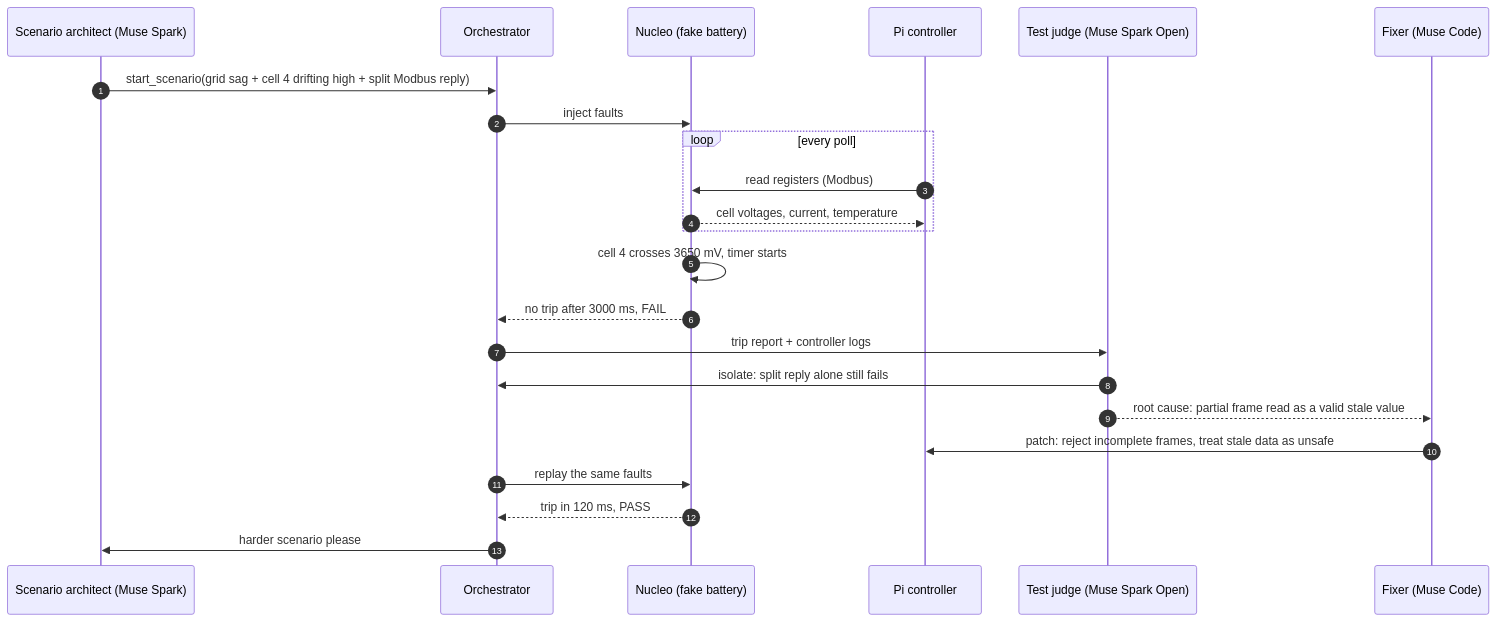
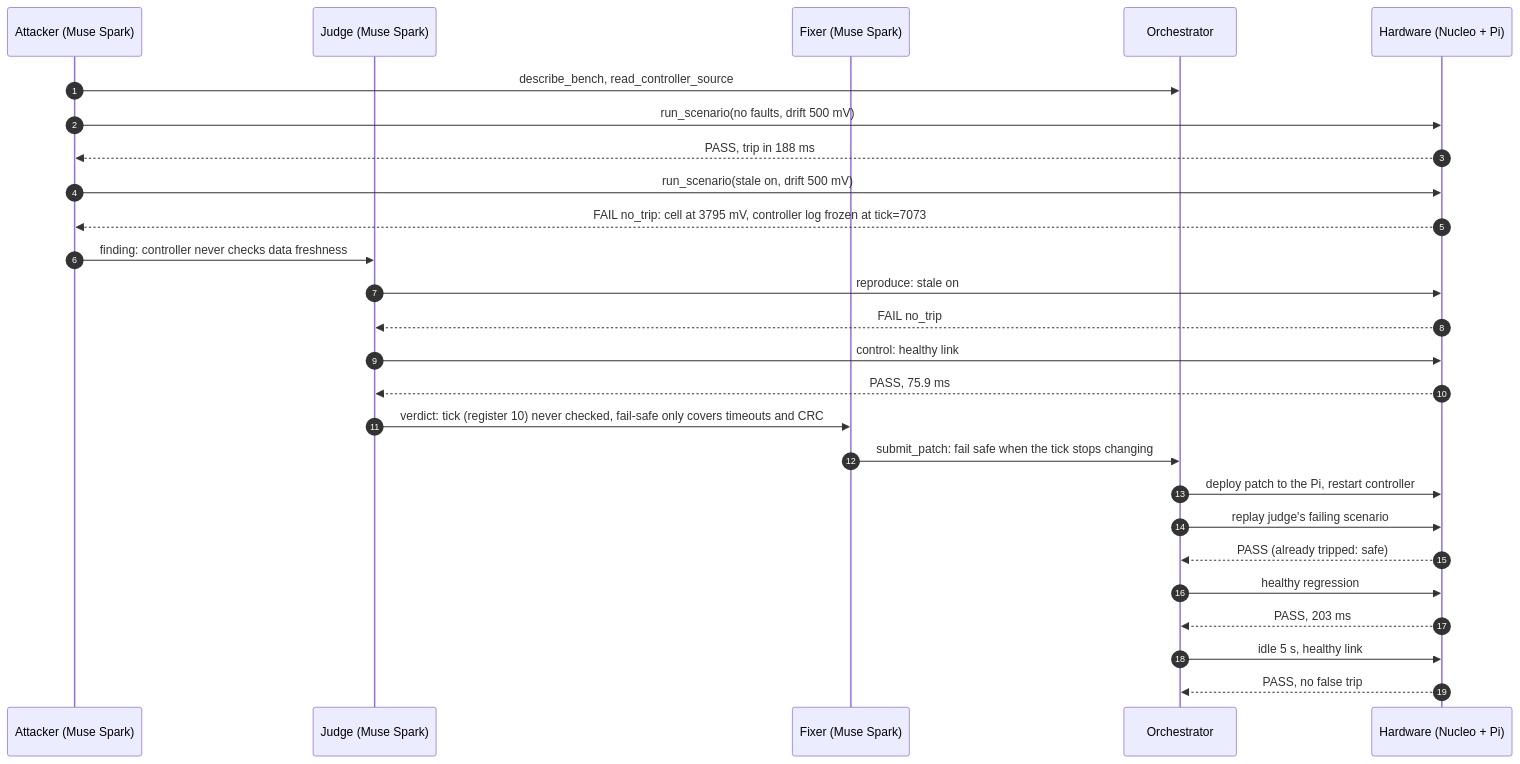
One commit to SujahathMSM/gridtwin changed the second of 3 diagrams in README.md. Above: the diagram before and after it, drawn with Mermaid. The commit also changed other lines of this file, not shown here.

Commit message:
README: document the real agent run, models, tools and how to run

````diff
--- a/README.md
+++ b/README.md
@@ -94,26 +98,29 @@
 ```mermaid
 sequenceDiagram
     autonumber
-    participant A as Scenario architect (Muse Spark)
+    participant A as Attacker (Muse Spark)
+    participant J as Judge (Muse Spark)
+    participant F as Fixer (Muse Spark)
     participant O as Orchestrator
-    participant N as Nucleo (fake battery)
-    participant P as Pi controller
-    participant J as Test judge (Muse Spark Open)
-    participant F as Fixer (Muse Code)
+    participant H as Hardware (Nucleo + Pi)
 
-    A->>O: start_scenario(grid sag + cell 4 drifting high + split Modbus reply)
-    O->>N: inject faults
-    loop every poll
-        P->>N: read registers (Modbus)
-        N-->>P: cell voltages, current, temperature
-    end
-    N->>N: cell 4 crosses 3650 mV, timer starts
-    N-->>O: no trip after 3000 ms, FAIL
-    O->>J: trip report + controller logs
-    J->>O: isolate: split reply alone still fails
-    J-->>F: root cause: partial frame read as a valid stale value
-    F->>P: patch: reject incomplete frames, treat stale data as unsafe
-    O->>N: replay the same faults
-    N-->>O: trip in 120 ms, PASS
-    O->>A: harder scenario please
+    A->>O: describe_bench, read_controller_source
+    A->>H: run_scenario(no faults, drift 500 mV)
+    H-->>A: PASS, trip in 188 ms
+    A->>H: run_scenario(stale on, drift 500 mV)
+    H-->>A: FAIL no_trip: cell at 3795 mV, controller log frozen at tick=7073
+    A->>J: finding: controller never checks data freshness
+    J->>H: reproduce: stale on
+    H-->>J: FAIL no_trip
+    J->>H: control: healthy link
+    H-->>J: PASS, 75.9 ms
+    J->>F: verdict: tick (register 10) never checked, fail-safe only covers timeouts and CRC
+    F->>O: submit_patch: fail safe when the tick stops changing
+    O->>H: deploy patch to the Pi, restart controller
+    O->>H: replay judge's failing scenario
+    H-->>O: PASS (already tripped: safe)
+    O->>H: healthy regression
+    H-->>O: PASS, 203 ms
+    O->>H: idle 5 s, healthy link
+    H-->>O: PASS, no false trip
 ```
````
